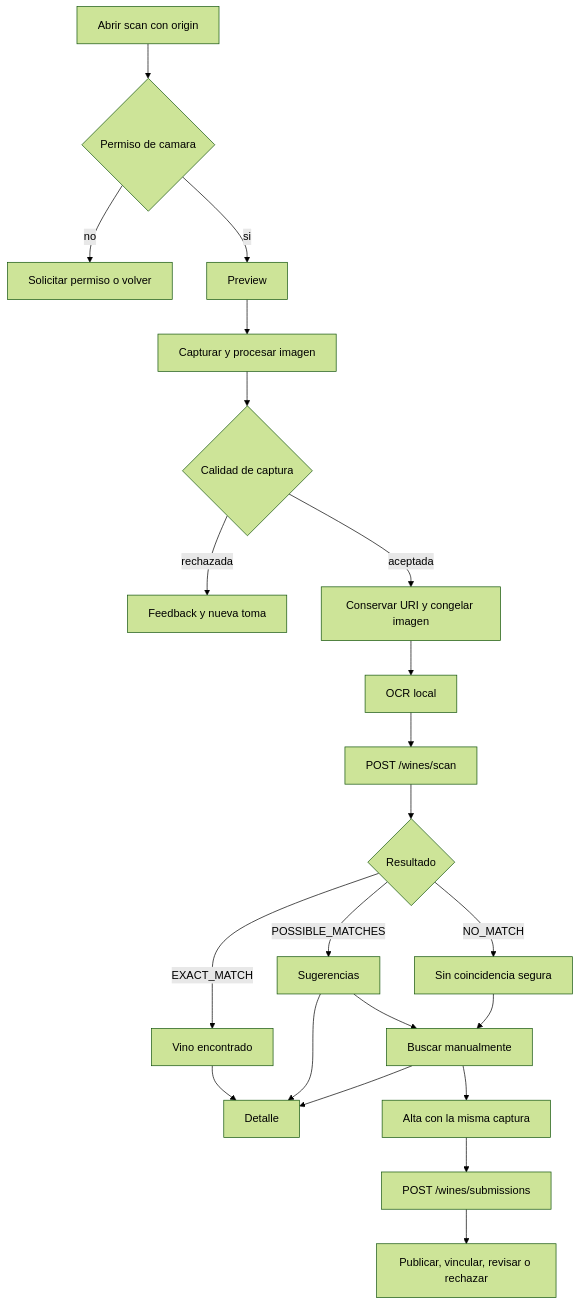
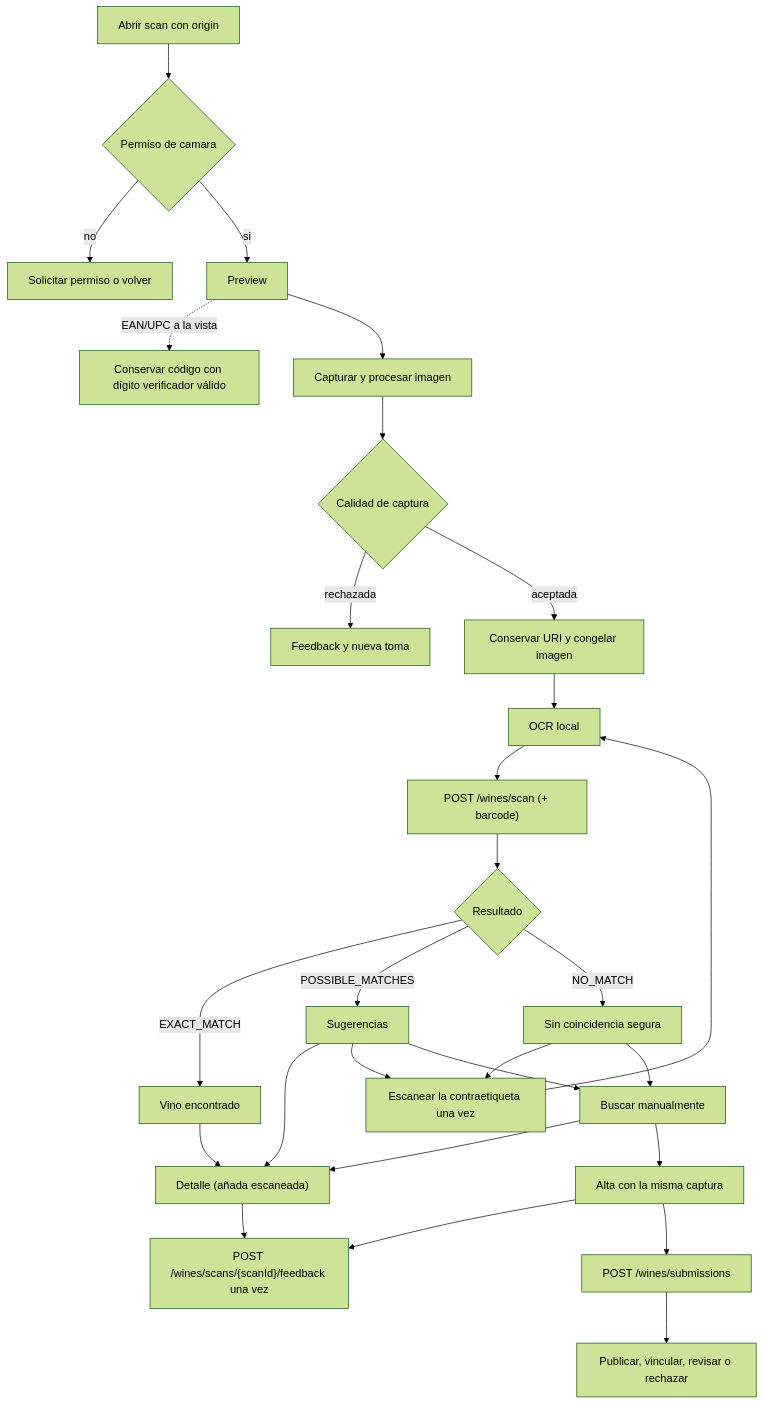
Before and after one commit to Bielaszczuk/vinnot-demo: the first of 3 diagrams in docs/es/frontend-mobile/diagrams/wine-label-scan.md, drawn with Mermaid (forest theme). The commit also changed other lines of this file and 218 other files, not shown here.

````diff
--- a/docs/es/frontend-mobile/diagrams/wine-label-scan.md
+++ b/docs/es/frontend-mobile/diagrams/wine-label-scan.md
@@ -5,24 +5,30 @@
 ```mermaid
 flowchart TD
     OPEN["Abrir scan con origin"] --> PERM{"Permiso de camara"}
     PERM -->|no| REQUEST["Solicitar permiso o volver"]
     PERM -->|si| PREVIEW["Preview"]
+    PREVIEW -.->|EAN/UPC a la vista| BARCODE["Conservar código con dígito verificador válido"]
     PREVIEW --> CAPTURE["Capturar y procesar imagen"]
     CAPTURE --> QUALITY{"Calidad de captura"}
     QUALITY -->|rechazada| HINT["Feedback y nueva toma"]
     QUALITY -->|aceptada| FREEZE["Conservar URI y congelar imagen"]
     FREEZE --> OCR["OCR local"]
-    OCR --> API["POST /wines/scan"]
+    OCR --> API["POST /wines/scan (+ barcode)"]
     API --> RESULT{"Resultado"}
     RESULT -->|EXACT_MATCH| FOUND["Vino encontrado"]
     RESULT -->|POSSIBLE_MATCHES| SUG["Sugerencias"]
     RESULT -->|NO_MATCH| NONE["Sin coincidencia segura"]
-    FOUND --> DETAIL["Detalle"]
+    FOUND --> DETAIL["Detalle (añada escaneada)"]
     SUG --> DETAIL
+    SUG --> BACK["Escanear la contraetiqueta una vez"]
+    NONE --> BACK
+    BACK --> OCR
+    DETAIL --> FEEDBACK["POST /wines/scans/{scanId}/feedback una vez"]
+    FORM --> FEEDBACK
     NONE --> MANUAL["Buscar manualmente"]
     SUG --> MANUAL
     MANUAL --> DETAIL
     MANUAL --> FORM["Alta con la misma captura"]
     FORM --> SUBMIT["POST /wines/submissions"]
     SUBMIT --> BACKEND["Publicar, vincular, revisar o rechazar"]
 ```
````
